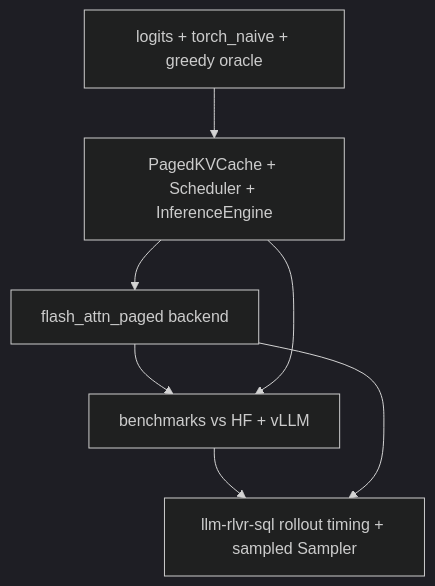
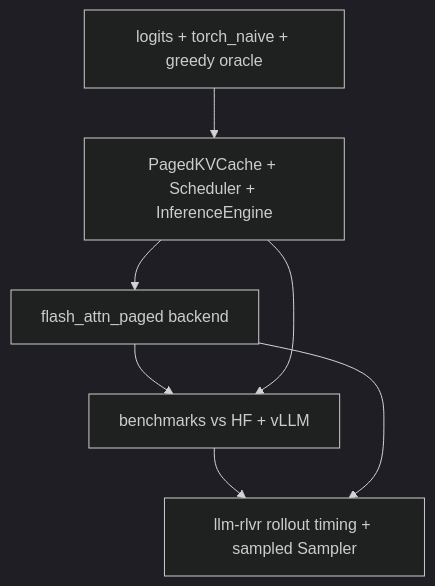
One commit to adamthuvesen/llm-infer changed the fourth of 4 diagrams in docs/architecture.md. Above: the diagram before and after it, drawn with Mermaid (dark theme). The commit also changed other lines of this file and 19 other files, not shown here.

````diff
--- a/docs/architecture.md
+++ b/docs/architecture.md
@@ -408,15 +408,15 @@
 ```mermaid
 flowchart TB
     Oracle["logits + torch_naive + greedy oracle"]
     Engine["PagedKVCache + Scheduler + InferenceEngine"]
     Flash["flash_attn_paged backend"]
     Benchmark["benchmarks vs HF + vLLM"]
-    Rollout["llm-rlvr-sql rollout timing + sampled Sampler"]
+    Rollout["llm-rlvr rollout timing + sampled Sampler"]
 
     Oracle --> Engine
     Engine --> Flash
     Flash --> Benchmark
     Engine --> Benchmark
     Benchmark --> Rollout
     Flash --> Rollout
 ```
````
